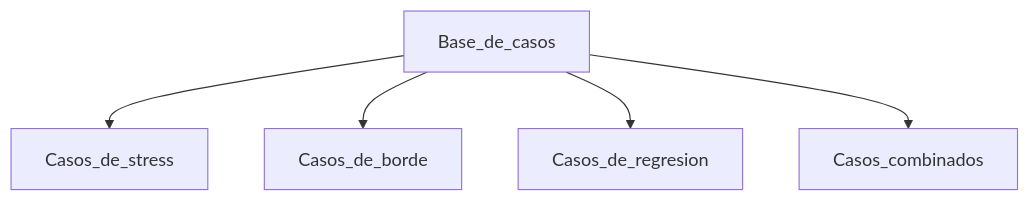
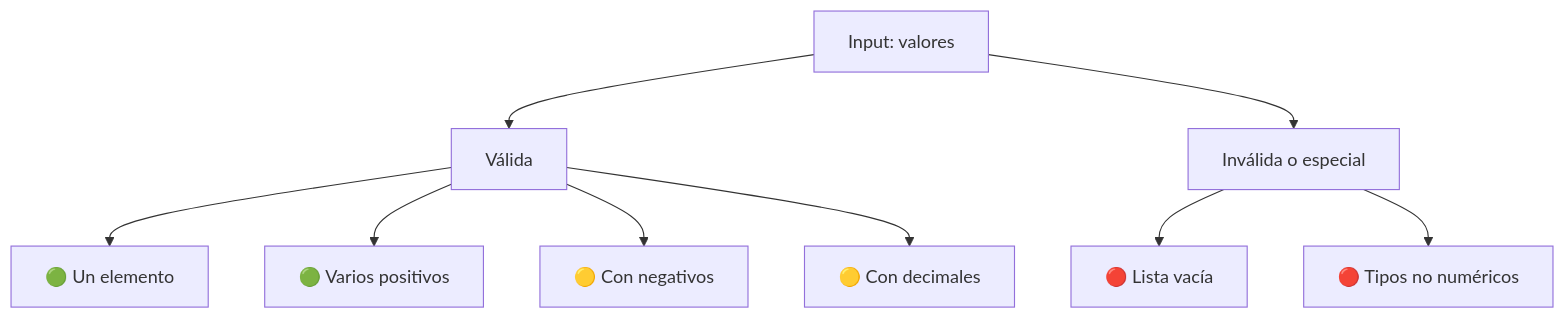
The fifth of 6 diagrams in parte2-tecnicas-clave/03-testing-basado-en-especificaciones.md (joshuacba08/qa-engineering-book), drawn with Mermaid before and after one commit. The commit also changed other lines of this file, not shown here.

````diff
--- a/parte2-tecnicas-clave/03-testing-basado-en-especificaciones.md
+++ b/parte2-tecnicas-clave/03-testing-basado-en-especificaciones.md
@@ -260,7 +220,11 @@
 ```mermaid
 graph TD
-    A[Base_de_casos] --> B[Casos_de_stress]
-    A --> C[Casos_de_borde]
-    A --> D[Casos_de_regresion]
-    A --> E[Casos_combinados]
+    A[Input: valores] --> B[Válida]
+    A --> C[Inválida o especial]
+    B --> D[🟢 Un elemento]
+    B --> E[🟢 Varios positivos]
+    B --> F[🟡 Con negativos]
+    B --> G[🟡 Con decimales]
+    C --> H[🔴 Lista vacía]
+    C --> I[🔴 Tipos no numéricos]
 ```
````
